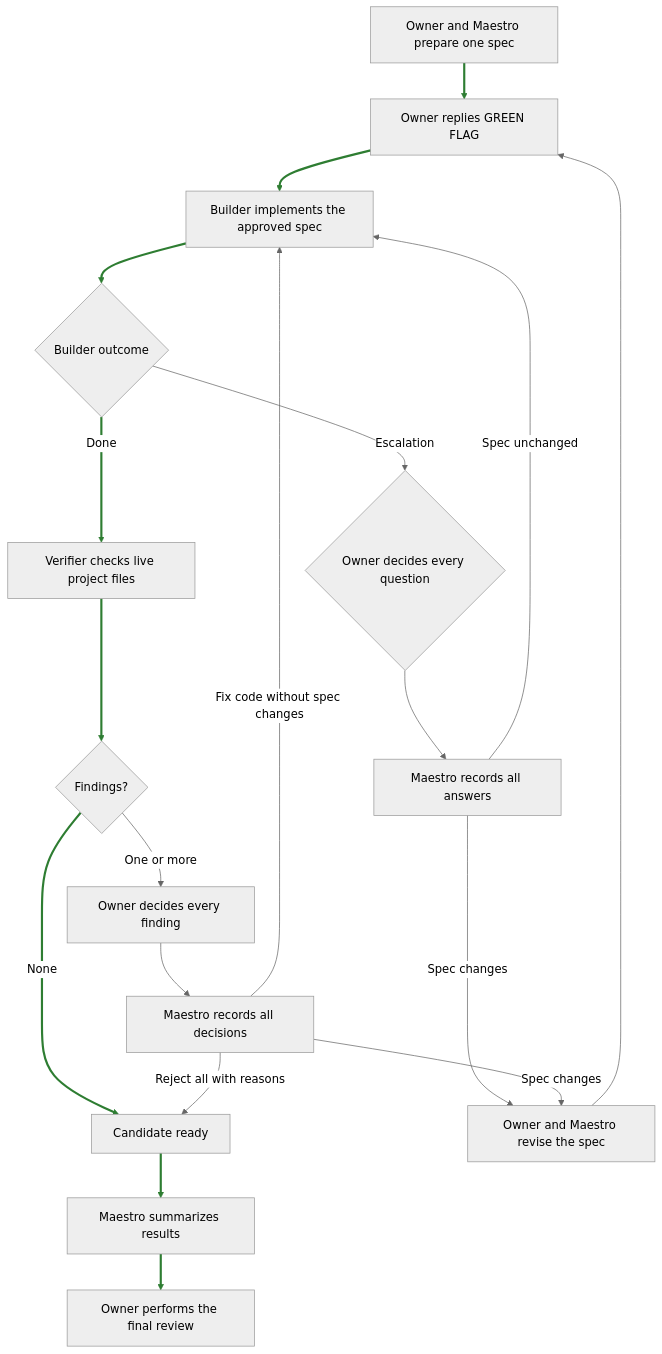
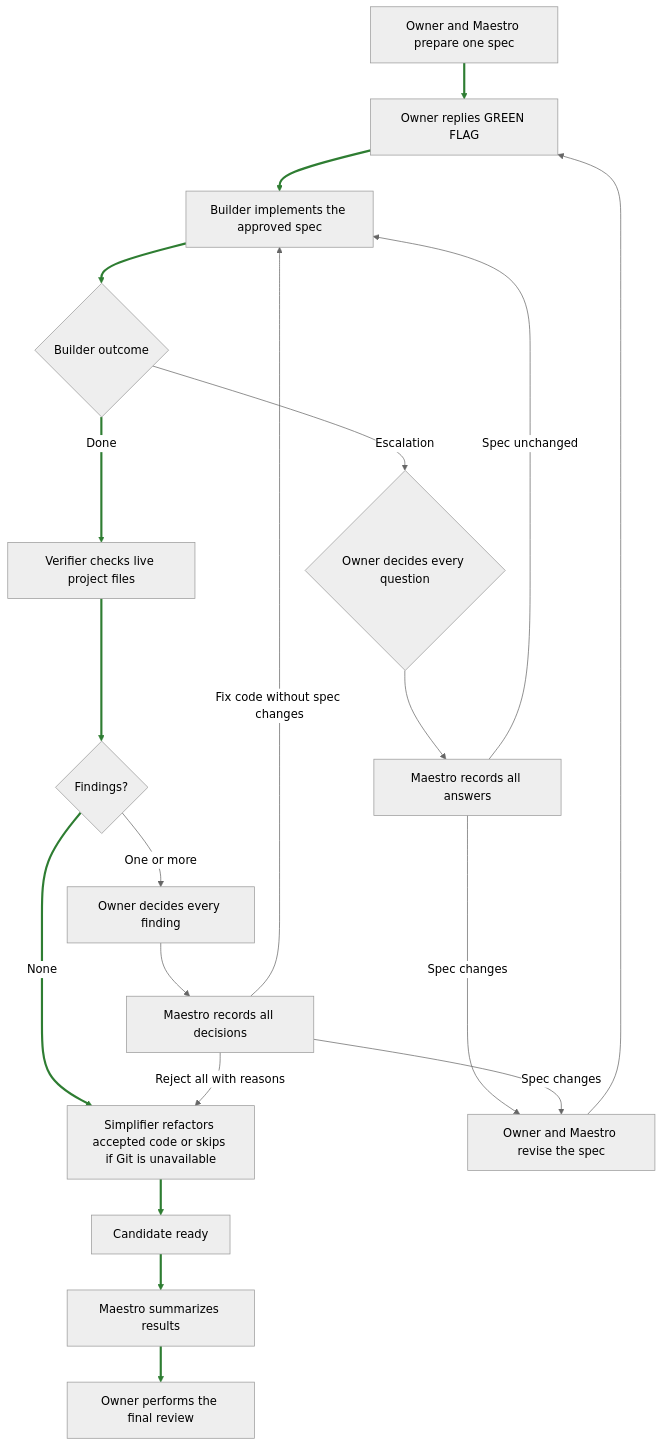
Before and after one commit to emilioSp/pi-maestro: the diagram in docs/workflow.md, drawn with Mermaid (neutral theme). The commit also changed other lines of this file and 81 other files, not shown here.

````diff
--- a/docs/workflow.md
+++ b/docs/workflow.md
@@ -44,36 +47,33 @@
 ```mermaid
 flowchart TD
     spec[Owner and Maestro prepare one spec]
     approval[Owner replies GREEN FLAG]
     build[Builder implements the approved spec]
     buildOutcome{Builder outcome}
     verify[Verifier checks live project files]
     findings{Findings?}
+    simplify[Simplifier refactors accepted code or skips if Git is unavailable]
     candidate[Candidate ready]
     summary[Maestro summarizes results]
     review[Owner performs the final review]
-
     spec --> approval
     approval --> build
     build --> buildOutcome
     buildOutcome -->|Done| verify
     verify --> findings
-    findings -->|None| candidate
-
+    findings -->|None| simplify
     buildOutcome -->|Escalation| ownerEscalation{Owner decides every question}
     ownerEscalation --> recordEscalation[Maestro records all answers]
     recordEscalation -->|Spec unchanged| build
     recordEscalation -->|Spec changes| reviseSpec[Owner and Maestro revise the spec]
     reviseSpec --> approval
-
     findings -->|One or more| ownerFindings[Owner decides every finding]
     ownerFindings --> recordFindings[Maestro records all decisions]
-    recordFindings -->|Reject all with reasons| candidate
+    recordFindings -->|Reject all with reasons| simplify
     recordFindings -->|Fix code without spec changes| build
     recordFindings -->|Spec changes| reviseSpec
-
+    simplify --> candidate
     candidate --> summary
     summary --> review
-
-    linkStyle 0,1,2,3,4,5,16,17 stroke:#2e7d32,stroke-width:3px
+    linkStyle 0,1,2,3,4,5,16,17,18 stroke: #2e7d32, stroke-width: 3px
 ```
````
